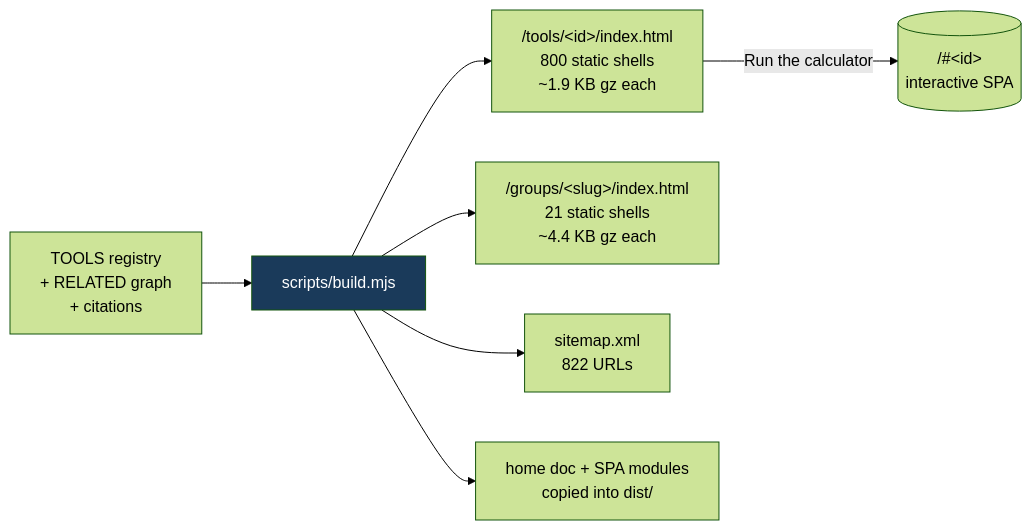
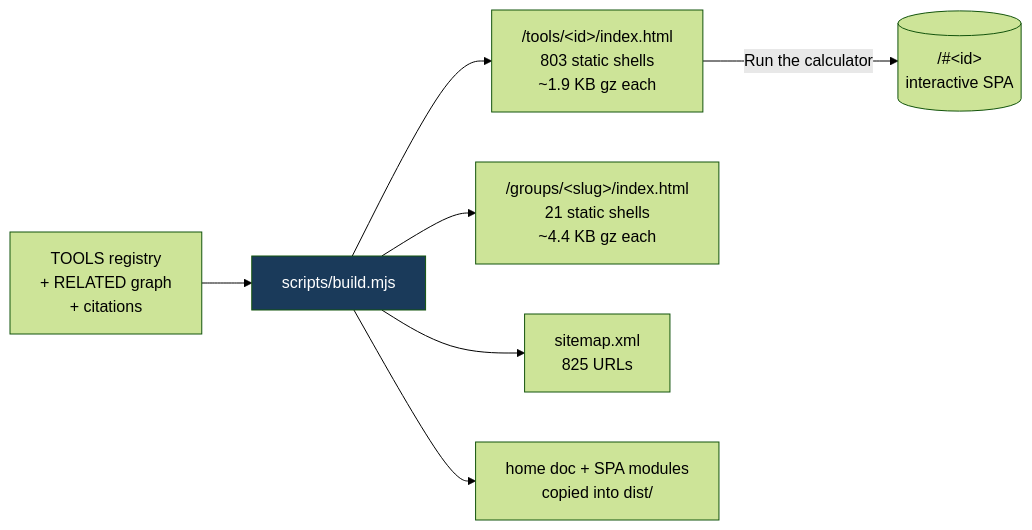
Before and after one commit to clay-good/roughlogic.com: the fifth of 8 diagrams in README.md, drawn with Mermaid (forest theme). The commit also changed other lines of this file and 18 other files, not shown here.

````diff
--- a/README.md
+++ b/README.md
@@ -495,10 +495,10 @@
 ```mermaid
 flowchart LR
     SRC[TOOLS registry\n+ RELATED graph\n+ citations] --> BUILD[scripts/build.mjs]
-    BUILD --> TILE["/tools/&lt;id&gt;/index.html\n800 static shells\n~1.9 KB gz each"]
+    BUILD --> TILE["/tools/&lt;id&gt;/index.html\n803 static shells\n~1.9 KB gz each"]
     BUILD --> GROUP["/groups/&lt;slug&gt;/index.html\n21 static shells\n~4.4 KB gz each"]
-    BUILD --> MAP["sitemap.xml\n822 URLs"]
+    BUILD --> MAP["sitemap.xml\n825 URLs"]
     BUILD --> COPY[home doc + SPA modules\ncopied into dist/]
     TILE -->|Run the calculator| SPA[("/#&lt;id&gt;\ninteractive SPA")]
     style BUILD fill:#1a3a5a,color:#fff
 ```
````
